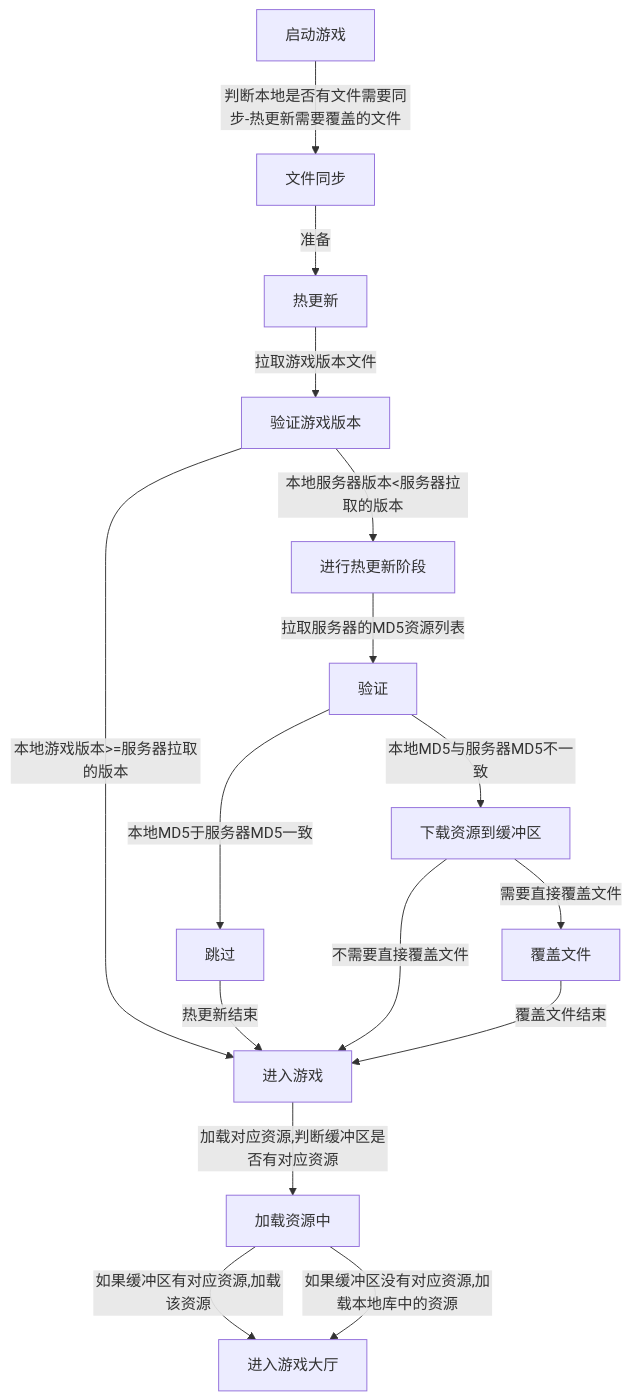
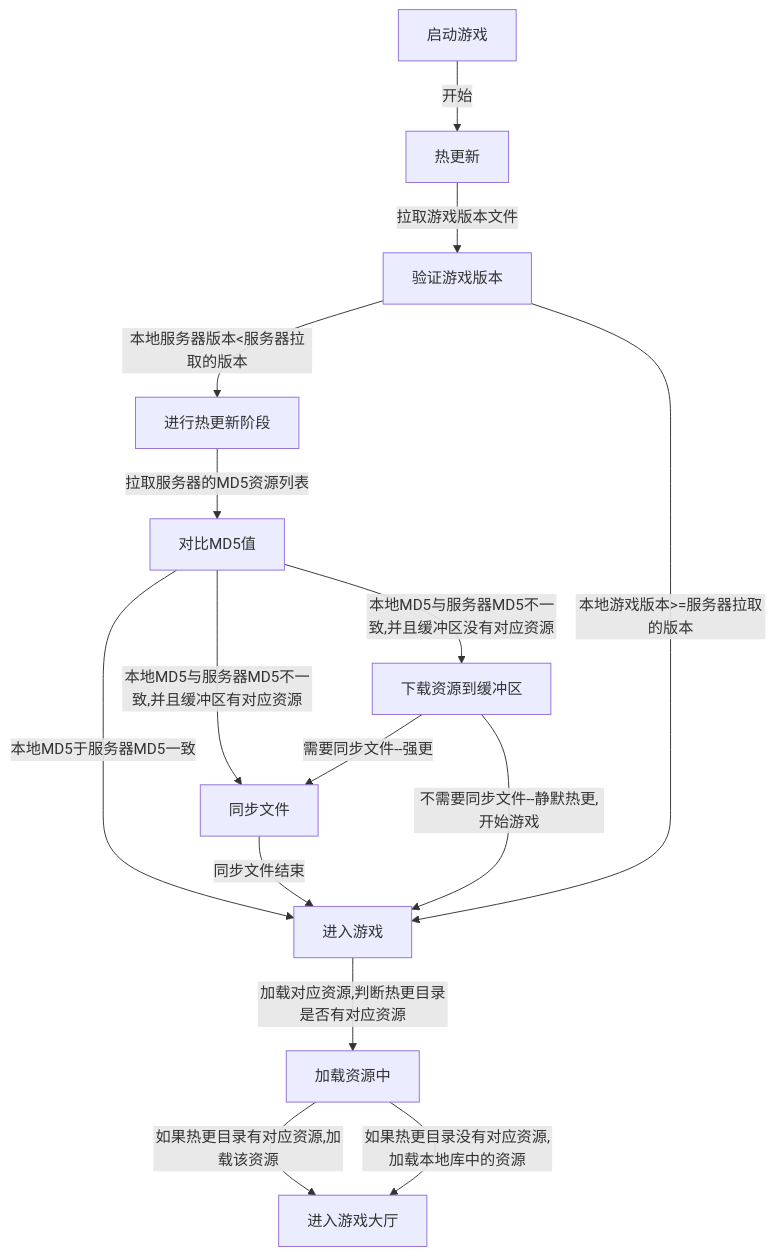
Before and after one commit to BangJinM/Doc: the second of 2 diagrams in Cocos2D/热更新流程.md, drawn with Mermaid.

Commit message:
优化热更新流程

````diff
--- a/Cocos2D/热更新流程.md
+++ b/Cocos2D/热更新流程.md
@@ -30,18 +30,17 @@
 ```mermaid
 graph TB
-　  启动游戏-->|判断本地是否有文件需要同步-热更新需要覆盖的文件|文件同步;
-　  文件同步-->|准备|热更新;
+　  	启动游戏-->|开始|热更新;
 　　热更新-->|拉取游戏版本文件|验证游戏版本;
 　　验证游戏版本-->|本地服务器版本<服务器拉取的版本|进行热更新阶段;
 　　验证游戏版本-->|本地游戏版本>=服务器拉取的版本|进入游戏;
-　　进行热更新阶段-->|拉取服务器的MD5资源列表|验证;
-　　验证-->|本地MD5于服务器MD5一致|跳过;
-　　验证-->|本地MD5与服务器MD5不一致|下载资源到缓冲区;
-　　跳过-->|热更新结束|进入游戏;
-　　下载资源到缓冲区-->|需要直接覆盖文件|覆盖文件;
-　　下载资源到缓冲区-->|不需要直接覆盖文件|进入游戏;
-　　覆盖文件-->|覆盖文件结束|进入游戏;
-　　进入游戏-->|加载对应资源,判断缓冲区是否有对应资源|加载资源中;
-　　加载资源中-->|如果缓冲区有对应资源,加载该资源|进入游戏大厅;
-　　加载资源中-->|如果缓冲区没有对应资源,加载本地库中的资源|进入游戏大厅;
+　　进行热更新阶段-->|拉取服务器的MD5资源列表|对比MD5值;
+　　对比MD5值-->|本地MD5于服务器MD5一致|进入游戏;
+　　对比MD5值-->|本地MD5与服务器MD5不一致,并且缓冲区有对应资源|同步文件;
+　　对比MD5值-->|本地MD5与服务器MD5不一致,并且缓冲区没有对应资源|下载资源到缓冲区;
+　　下载资源到缓冲区-->|需要同步文件--强更|同步文件;
+　　下载资源到缓冲区-->|不需要同步文件--静默热更,开始游戏|进入游戏;
+　　同步文件-->|同步文件结束|进入游戏;
+　　进入游戏-->|加载对应资源,判断热更目录是否有对应资源|加载资源中;
+　　加载资源中-->|如果热更目录有对应资源,加载该资源|进入游戏大厅;
+　　加载资源中-->|如果热更目录没有对应资源,加载本地库中的资源|进入游戏大厅;
 ```
````
